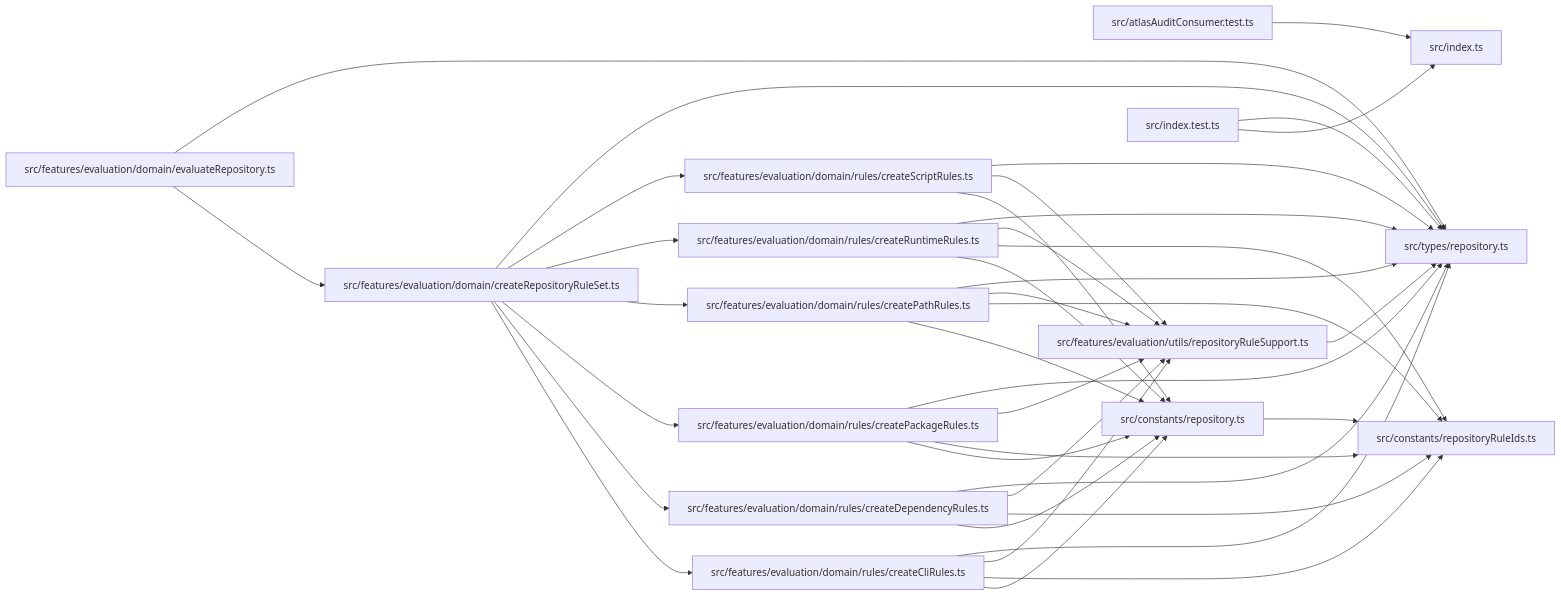
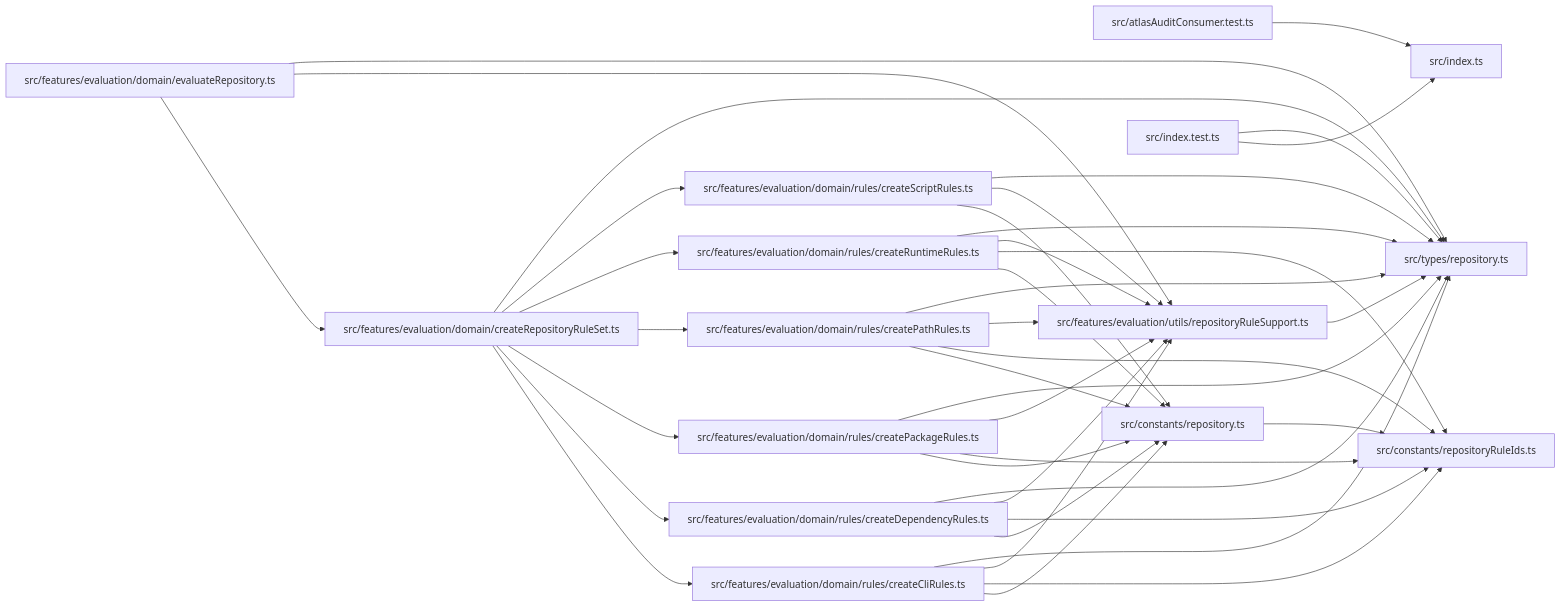
One commit to ankhorage/rules-repository changed the diagram in paradox/diagrams/module-relationships.mmd. Above: the diagram before and after it, drawn with Mermaid. The commit also changed 10 other files, not shown here.

```diff
--- a/paradox/diagrams/module-relationships.mmd
+++ b/paradox/diagrams/module-relationships.mmd
@@ -1,53 +1,54 @@
 graph LR
   module_src_atlasAuditConsumer_test_ts["src/atlasAuditConsumer.test.ts"]
   module_src_constants_repository_ts["src/constants/repository.ts"]
   module_src_constants_repositoryRuleIds_ts["src/constants/repositoryRuleIds.ts"]
   module_src_features_evaluation_domain_createRepositoryRuleSet_ts["src/features/evaluation/domain/createRepositoryRuleSet.ts"]
   module_src_features_evaluation_domain_evaluateRepository_ts["src/features/evaluation/domain/evaluateRepository.ts"]
   module_src_features_evaluation_domain_rules_createCliRules_ts["src/features/evaluation/domain/rules/createCliRules.ts"]
   module_src_features_evaluation_domain_rules_createDependencyRules_ts["src/features/evaluation/domain/rules/createDependencyRules.ts"]
   module_src_features_evaluation_domain_rules_createPackageRules_ts["src/features/evaluation/domain/rules/createPackageRules.ts"]
   module_src_features_evaluation_domain_rules_createPathRules_ts["src/features/evaluation/domain/rules/createPathRules.ts"]
   module_src_features_evaluation_domain_rules_createRuntimeRules_ts["src/features/evaluation/domain/rules/createRuntimeRules.ts"]
   module_src_features_evaluation_domain_rules_createScriptRules_ts["src/features/evaluation/domain/rules/createScriptRules.ts"]
   module_src_features_evaluation_utils_repositoryRuleSupport_ts["src/features/evaluation/utils/repositoryRuleSupport.ts"]
   module_src_index_test_ts["src/index.test.ts"]
   module_src_index_ts["src/index.ts"]
   module_src_types_repository_ts["src/types/repository.ts"]
   module_src_atlasAuditConsumer_test_ts --> module_src_index_ts
   module_src_constants_repository_ts --> module_src_constants_repositoryRuleIds_ts
   module_src_features_evaluation_domain_createRepositoryRuleSet_ts --> module_src_features_evaluation_domain_rules_createCliRules_ts
   module_src_features_evaluation_domain_createRepositoryRuleSet_ts --> module_src_features_evaluation_domain_rules_createDependencyRules_ts
   module_src_features_evaluation_domain_createRepositoryRuleSet_ts --> module_src_features_evaluation_domain_rules_createPackageRules_ts
   module_src_features_evaluation_domain_createRepositoryRuleSet_ts --> module_src_features_evaluation_domain_rules_createPathRules_ts
   module_src_features_evaluation_domain_createRepositoryRuleSet_ts --> module_src_features_evaluation_domain_rules_createRuntimeRules_ts
   module_src_features_evaluation_domain_createRepositoryRuleSet_ts --> module_src_features_evaluation_domain_rules_createScriptRules_ts
   module_src_features_evaluation_domain_createRepositoryRuleSet_ts --> module_src_types_repository_ts
   module_src_features_evaluation_domain_evaluateRepository_ts --> module_src_features_evaluation_domain_createRepositoryRuleSet_ts
+  module_src_features_evaluation_domain_evaluateRepository_ts --> module_src_features_evaluation_utils_repositoryRuleSupport_ts
   module_src_features_evaluation_domain_evaluateRepository_ts --> module_src_types_repository_ts
   module_src_features_evaluation_domain_rules_createCliRules_ts --> module_src_constants_repository_ts
   module_src_features_evaluation_domain_rules_createCliRules_ts --> module_src_constants_repositoryRuleIds_ts
   module_src_features_evaluation_domain_rules_createCliRules_ts --> module_src_features_evaluation_utils_repositoryRuleSupport_ts
   module_src_features_evaluation_domain_rules_createCliRules_ts --> module_src_types_repository_ts
   module_src_features_evaluation_domain_rules_createDependencyRules_ts --> module_src_constants_repository_ts
   module_src_features_evaluation_domain_rules_createDependencyRules_ts --> module_src_constants_repositoryRuleIds_ts
   module_src_features_evaluation_domain_rules_createDependencyRules_ts --> module_src_features_evaluation_utils_repositoryRuleSupport_ts
   module_src_features_evaluation_domain_rules_createDependencyRules_ts --> module_src_types_repository_ts
   module_src_features_evaluation_domain_rules_createPackageRules_ts --> module_src_constants_repository_ts
   module_src_features_evaluation_domain_rules_createPackageRules_ts --> module_src_constants_repositoryRuleIds_ts
   module_src_features_evaluation_domain_rules_createPackageRules_ts --> module_src_features_evaluation_utils_repositoryRuleSupport_ts
   module_src_features_evaluation_domain_rules_createPackageRules_ts --> module_src_types_repository_ts
   module_src_features_evaluation_domain_rules_createPathRules_ts --> module_src_constants_repository_ts
   module_src_features_evaluation_domain_rules_createPathRules_ts --> module_src_constants_repositoryRuleIds_ts
   module_src_features_evaluation_domain_rules_createPathRules_ts --> module_src_features_evaluation_utils_repositoryRuleSupport_ts
   module_src_features_evaluation_domain_rules_createPathRules_ts --> module_src_types_repository_ts
   module_src_features_evaluation_domain_rules_createRuntimeRules_ts --> module_src_constants_repository_ts
   module_src_features_evaluation_domain_rules_createRuntimeRules_ts --> module_src_constants_repositoryRuleIds_ts
   module_src_features_evaluation_domain_rules_createRuntimeRules_ts --> module_src_features_evaluation_utils_repositoryRuleSupport_ts
   module_src_features_evaluation_domain_rules_createRuntimeRules_ts --> module_src_types_repository_ts
   module_src_features_evaluation_domain_rules_createScriptRules_ts --> module_src_constants_repository_ts
   module_src_features_evaluation_domain_rules_createScriptRules_ts --> module_src_features_evaluation_utils_repositoryRuleSupport_ts
   module_src_features_evaluation_domain_rules_createScriptRules_ts --> module_src_types_repository_ts
   module_src_features_evaluation_utils_repositoryRuleSupport_ts --> module_src_types_repository_ts
   module_src_index_test_ts --> module_src_index_ts
   module_src_index_test_ts --> module_src_types_repository_ts
```
